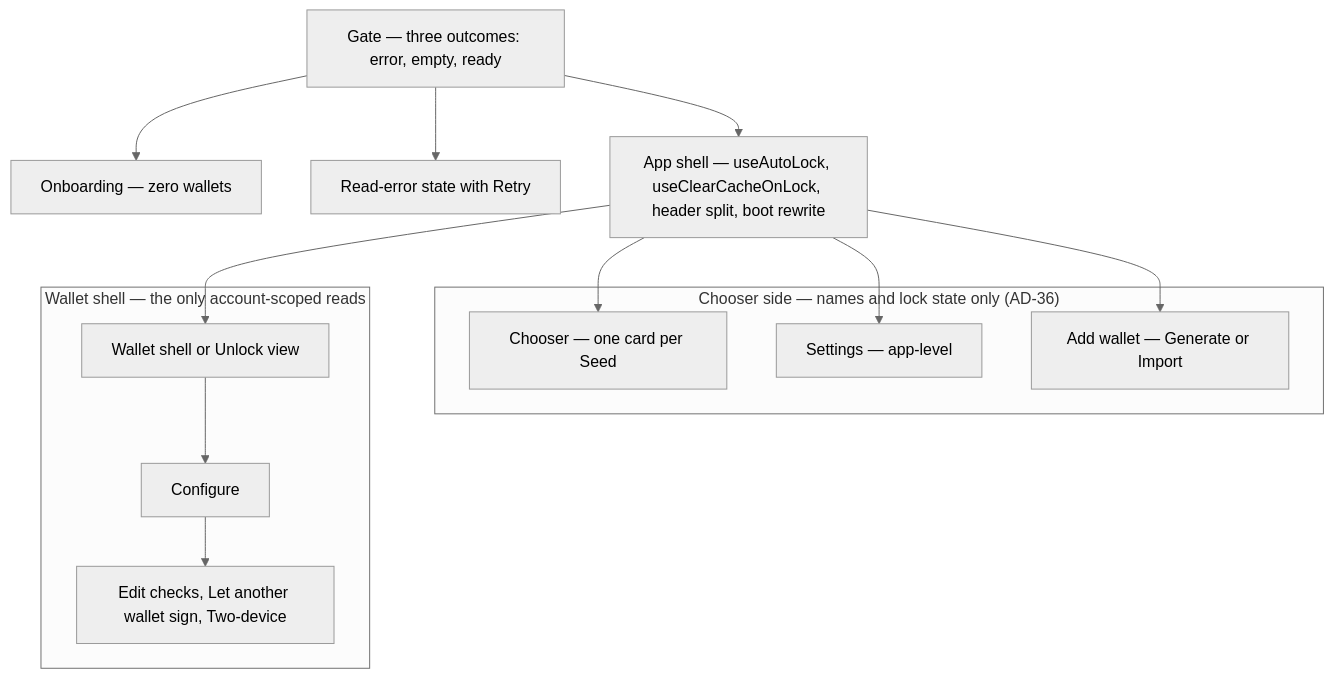
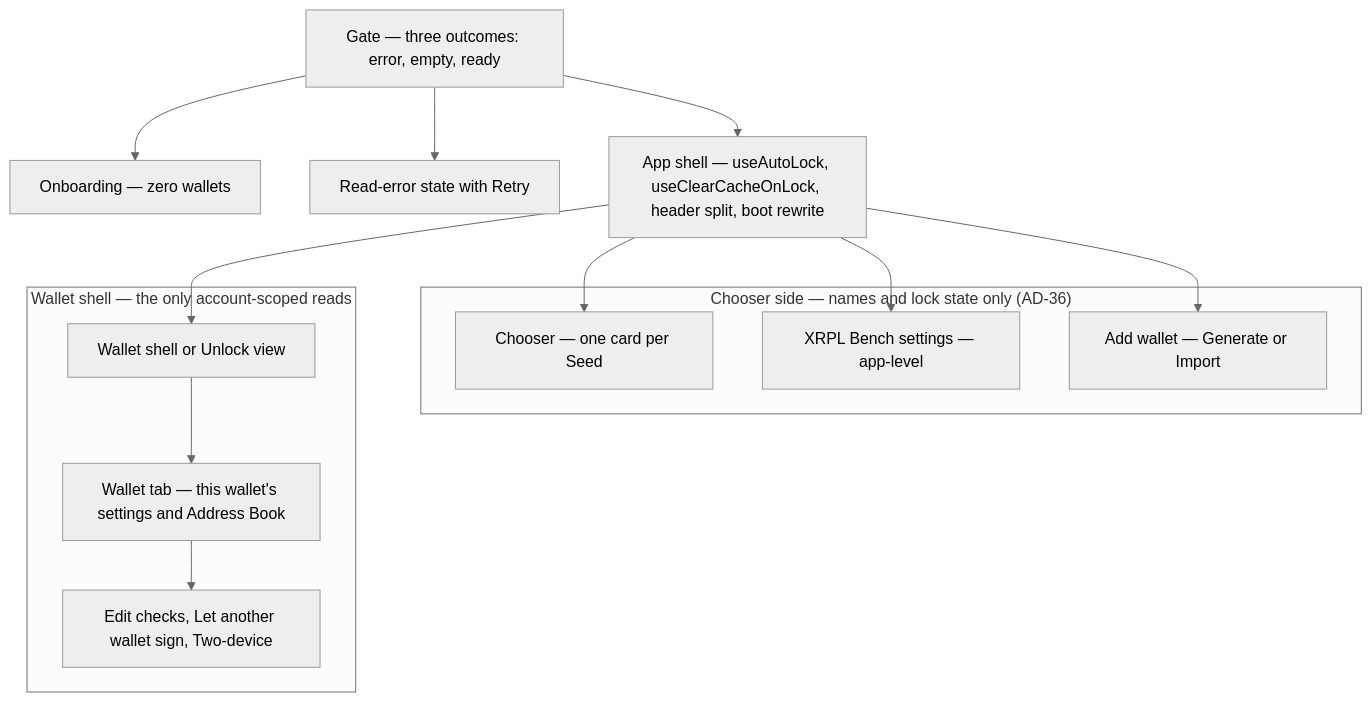
Before and after one commit to otaviootavio/xrpl-bench: the first of 3 diagrams in _bmad-output/planning-artifacts/architecture/architecture-xrpl-wallet-chooser-2026-10-19/ARCHITECTURE-SPINE.md, drawn with Mermaid (neutral theme). The commit also changed other lines of this file and 1 other file, not shown here.

Commit message:
docs: plan the Wallet tab and per-Wallet Address Book (chooser spine AD-50, AD-51)

````diff
--- a/_bmad-output/planning-artifacts/architecture/architecture-xrpl-wallet-chooser-2026-10-19/ARCHITECTURE-SPINE.md
+++ b/_bmad-output/planning-artifacts/architecture/architecture-xrpl-wallet-chooser-2026-10-19/ARCHITECTURE-SPINE.md
@@ -29,26 +29,26 @@
 ```mermaid
 graph TD
   gate["Gate — three outcomes: error, empty, ready"]
   onb["Onboarding — zero wallets"]
   err["Read-error state with Retry"]
   appshell["App shell — useAutoLock, useClearCacheOnLock, header split, boot rewrite"]
   subgraph chooserside["Chooser side — names and lock state only (AD-36)"]
     chooser["Chooser — one card per Seed"]
-    settings["Settings — app-level"]
+    settings["XRPL Bench settings — app-level"]
     addw["Add wallet — Generate or Import"]
   end
   subgraph walletside["Wallet shell — the only account-scoped reads"]
     walletshell["Wallet shell or Unlock view"]
-    config["Configure"]
+    config["Wallet tab — this wallet's settings and Address Book"]
     tasks["Edit checks, Let another wallet sign, Two-device"]
   end
   gate --> err
   gate --> onb
   gate --> appshell
   appshell --> chooser
   appshell --> settings
   appshell --> addw
   appshell --> walletshell
   walletshell --> config
   config --> tasks
 ```
````
